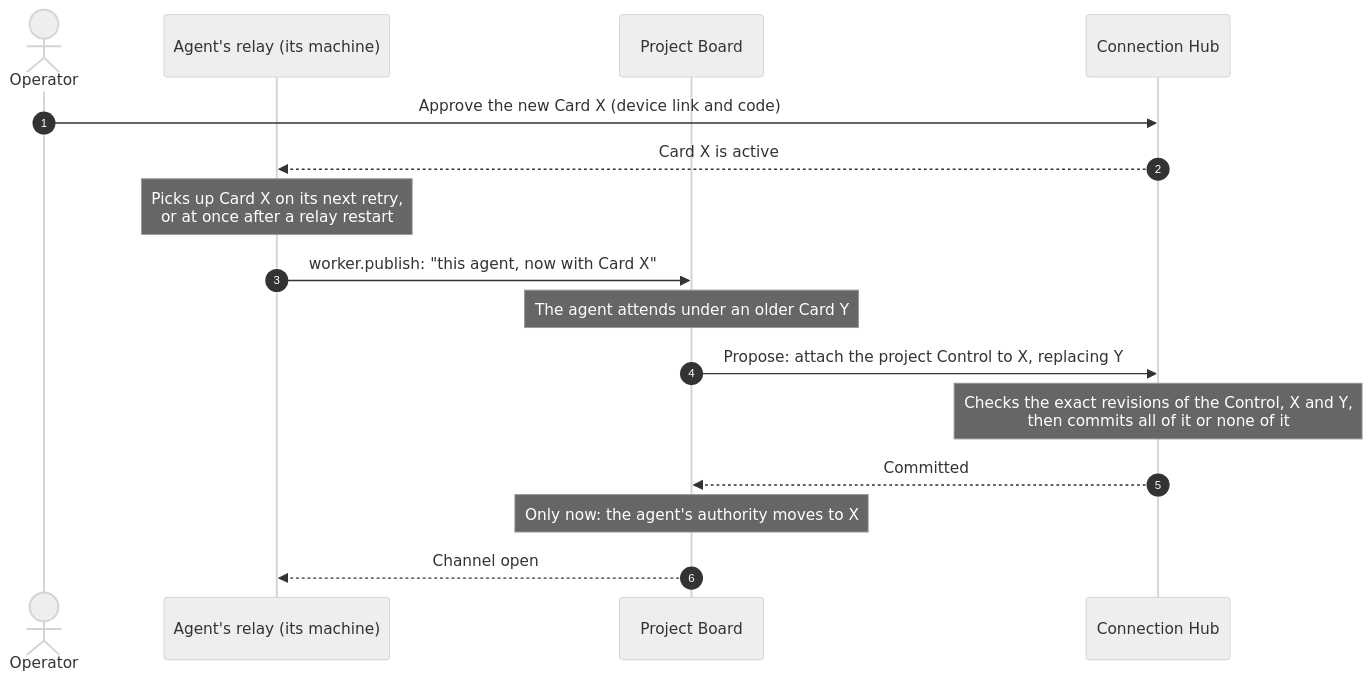
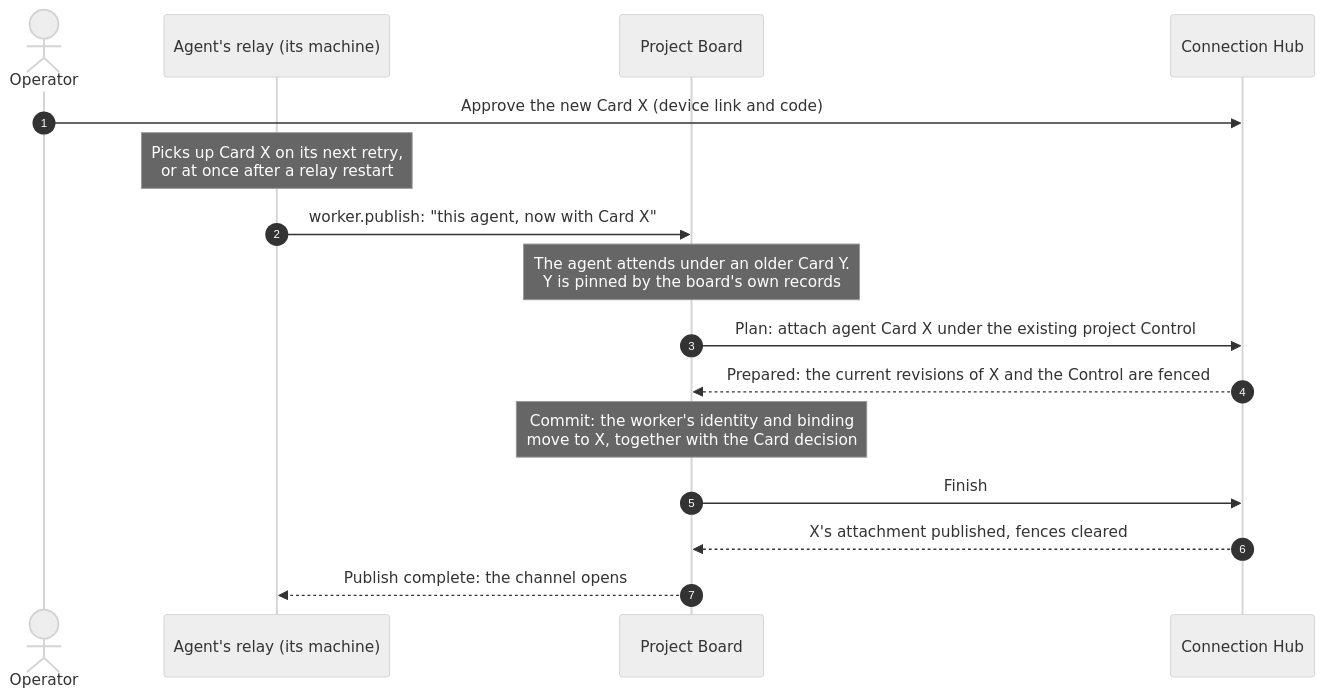
The diagram in products/project-board/docs/cards.md (elenaviter/app-ecosystem), drawn with Mermaid (neutral theme) before and after one commit. The commit also changed other lines of this file, not shown here.

First line of the commit message:
Board docs: step 4 as W1013 implements it

````diff
--- a/products/project-board/docs/cards.md
+++ b/products/project-board/docs/cards.md
@@ -139,19 +139,19 @@
 ```mermaid
 sequenceDiagram
     autonumber
     actor Operator
     participant Relay as Agent's relay (its machine)
     participant Board as Project Board
     participant Hub as Connection Hub
 
     Operator->>Hub: Approve the new Card X (device link and code)
-    Hub-->>Relay: Card X is active
     Note over Relay: Picks up Card X on its next retry,<br/>or at once after a relay restart
     Relay->>Board: worker.publish: "this agent, now with Card X"
-    Note over Board: The agent attends under an older Card Y
-    Board->>Hub: Propose: attach the project Control to X, replacing Y
-    Note over Hub: Checks the exact revisions of the Control, X and Y,<br/>then commits all of it or none of it
-    Hub-->>Board: Committed
-    Note over Board: Only now: the agent's authority moves to X
-    Board-->>Relay: Channel open
+    Note over Board: The agent attends under an older Card Y.<br/>Y is pinned by the board's own records
+    Board->>Hub: Plan: attach agent Card X under the existing project Control
+    Hub-->>Board: Prepared: the current revisions of X and the Control are fenced
+    Note over Board: Commit: the worker's identity and binding<br/>move to X, together with the Card decision
+    Board->>Hub: Finish
+    Hub-->>Board: X's attachment published, fences cleared
+    Board-->>Relay: Publish complete: the channel opens
 ```
````
